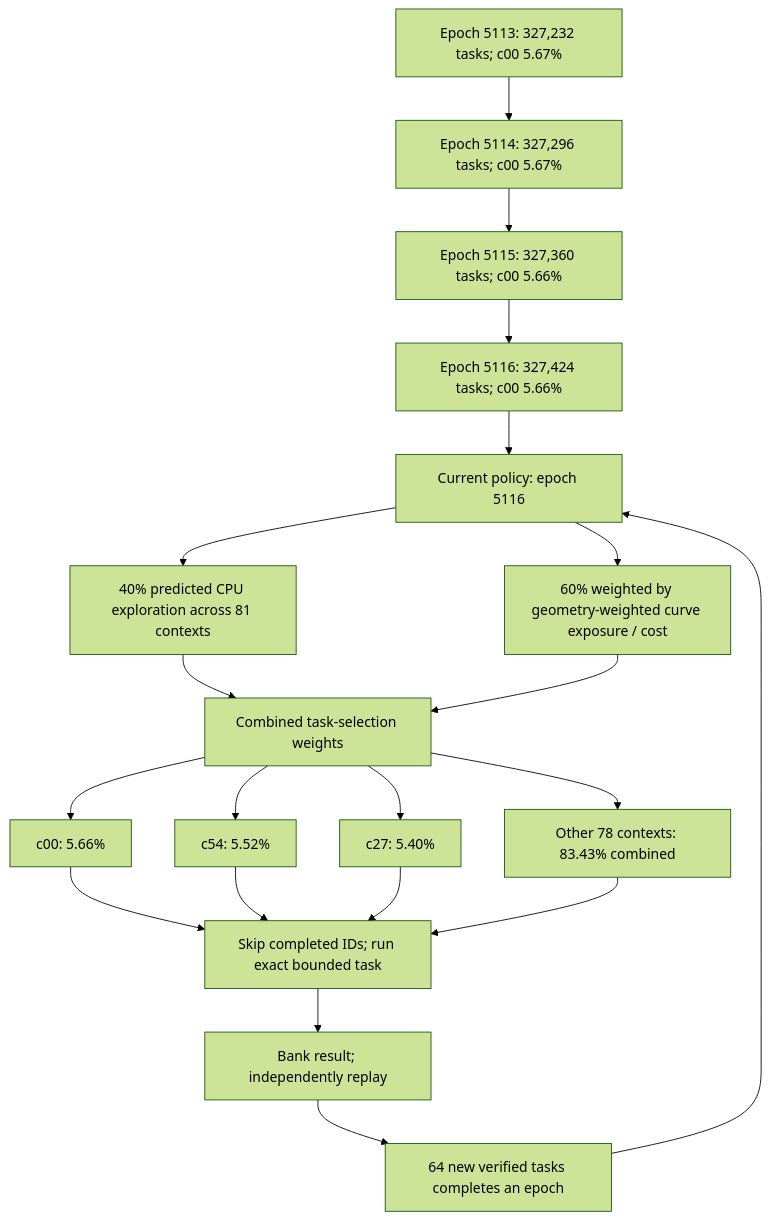
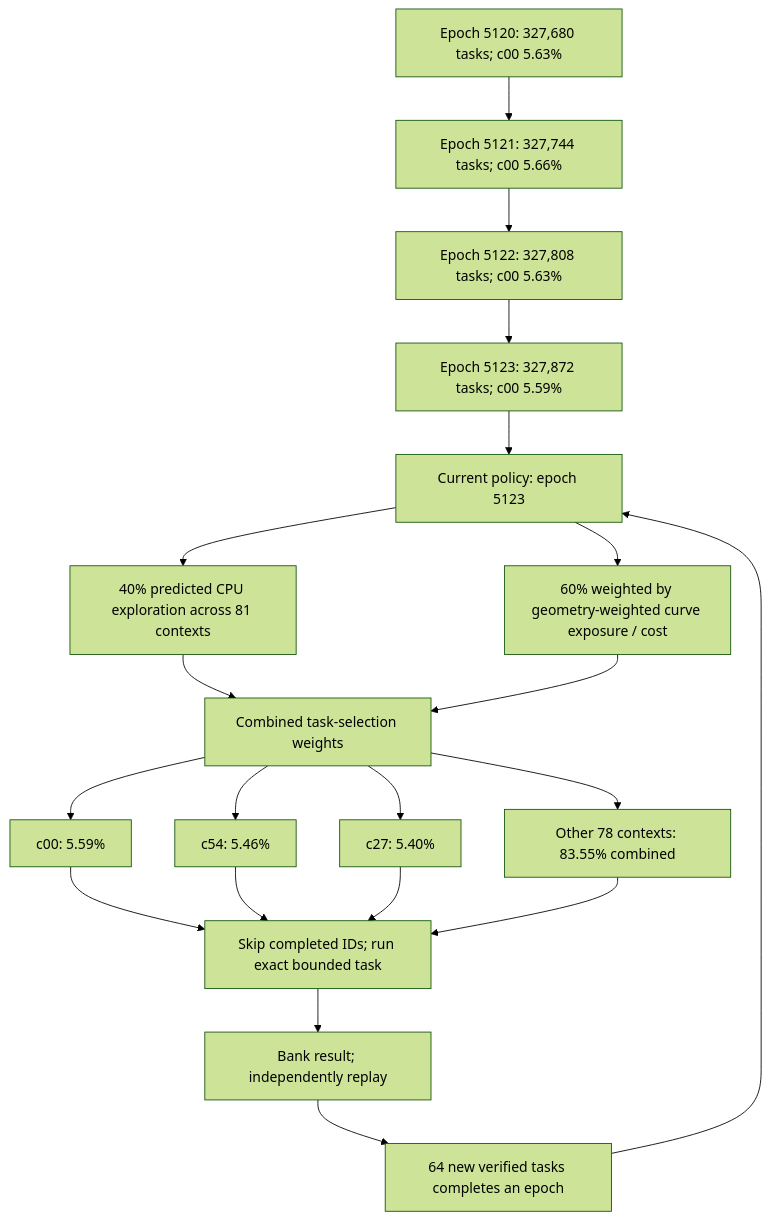
Before and after one commit to Kuberwastaken/math-gambling: the first of 3 diagrams in README.md, drawn with Mermaid (forest theme). The commit also changed other lines of this file and 1463 other files, not shown here.

````diff
--- a/README.md
+++ b/README.md
@@ -60,27 +60,27 @@
 ```mermaid
 flowchart TD
-    H0["Epoch 5113: 327,232 tasks; c00 5.67%"]
-    H1["Epoch 5114: 327,296 tasks; c00 5.67%"]
+    H0["Epoch 5120: 327,680 tasks; c00 5.63%"]
+    H1["Epoch 5121: 327,744 tasks; c00 5.66%"]
     H0 --> H1
-    H2["Epoch 5115: 327,360 tasks; c00 5.66%"]
+    H2["Epoch 5122: 327,808 tasks; c00 5.63%"]
     H1 --> H2
-    H3["Epoch 5116: 327,424 tasks; c00 5.66%"]
+    H3["Epoch 5123: 327,872 tasks; c00 5.59%"]
     H2 --> H3
-    Policy["Current policy: epoch 5116"]
+    Policy["Current policy: epoch 5123"]
     H3 --> Policy
     Policy --> Explore["40% predicted CPU exploration across 81 contexts"]
     Policy --> Cost["60% weighted by geometry-weighted curve exposure / cost"]
     Explore --> Mix["Combined task-selection weights"]
     Cost --> Mix
-    Mix --> C0["c00: 5.66%"]
-    Mix --> C1["c54: 5.52%"]
+    Mix --> C0["c00: 5.59%"]
+    Mix --> C1["c54: 5.46%"]
     Mix --> C2["c27: 5.40%"]
-    Mix --> Rest["Other 78 contexts: 83.43% combined"]
+    Mix --> Rest["Other 78 contexts: 83.55% combined"]
     C0 --> Check["Skip completed IDs; run exact bounded task"]
     C1 --> Check
     C2 --> Check
     Rest --> Check
     Check --> Replay["Bank result; independently replay"]
     Replay --> Gate["64 new verified tasks completes an epoch"]
     Gate --> Policy
 ```
````
